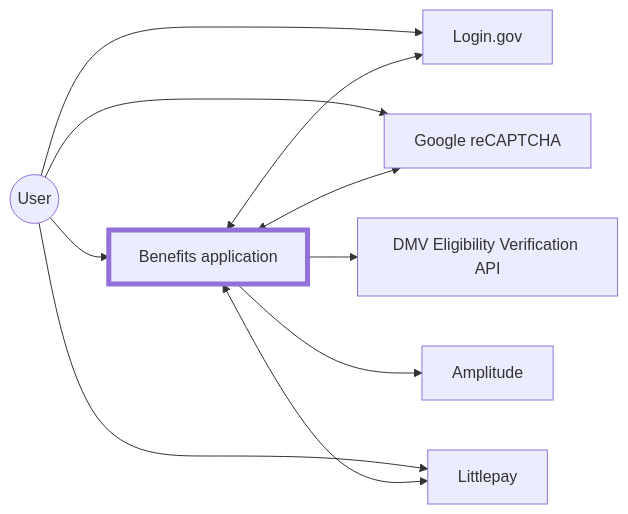
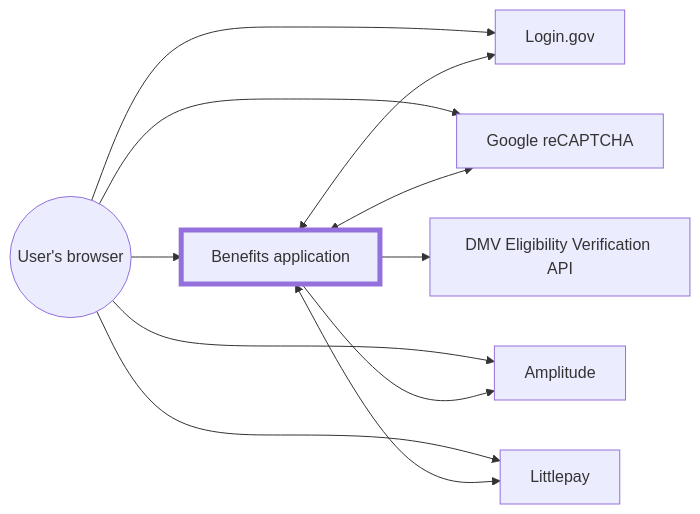
One commit to cal-itp/benefits changed the first of 2 diagrams in docs/deployment/azure.md. Above: the diagram before and after it, drawn with Mermaid.

Commit message:
fix: clarify relationship between user/browser and Amplitude

````diff
--- a/docs/deployment/azure.md
+++ b/docs/deployment/azure.md
@@ -9,19 +9,20 @@
 ```mermaid
 flowchart LR
     dmv[DMV Eligibility Verification API]
     benefits[Benefits application]
     style benefits stroke-width:5px
     recaptcha[Google reCAPTCHA]
-    rider((User))
+    rider((User's browser))
 
     rider --> benefits
     rider --> Login.gov
     rider --> recaptcha
     rider --> Littlepay
+    rider --> Amplitude
 
     benefits <--> Login.gov
     benefits <--> recaptcha
     benefits --> dmv
     benefits --> Amplitude
     benefits <--> Littlepay
 ```
````
